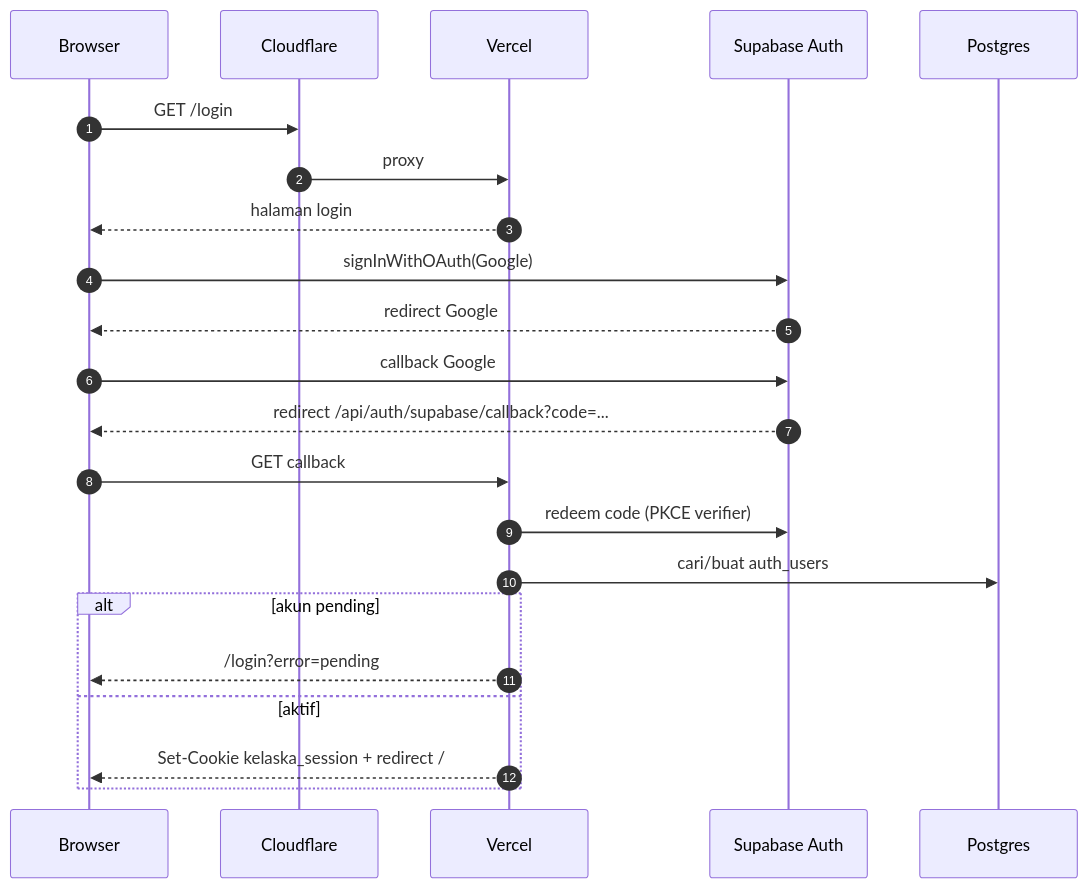
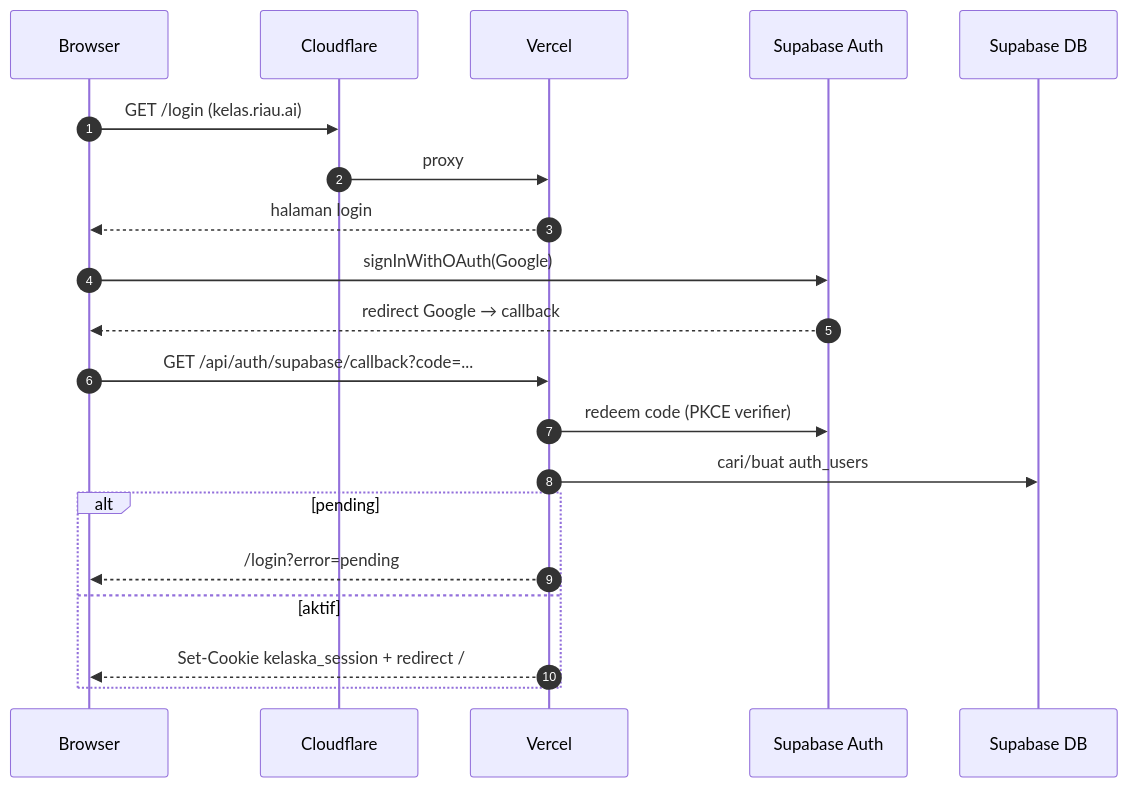
The first of 3 diagrams in docs/prd/PRD-produksi-kelaska-2026.md (ade-karya/KelasKA), drawn with Mermaid before and after one commit. The commit also changed other lines of this file and 2 other files, not shown here.

First line of the commit message:
docs(prd): align architecture with on-demand Colab/Kaggle diagram

````diff
--- a/docs/prd/PRD-produksi-kelaska-2026.md
+++ b/docs/prd/PRD-produksi-kelaska-2026.md
@@ -338,24 +390,22 @@
 ```mermaid
 sequenceDiagram
     autonumber
     participant B as Browser
     participant C as Cloudflare
     participant V as Vercel
     participant S as Supabase Auth
-    participant D as Postgres
-    B->>C: GET /login
+    participant D as Supabase DB
+    B->>C: GET /login (kelas.riau.ai)
     C->>V: proxy
     V-->>B: halaman login
     B->>S: signInWithOAuth(Google)
-    S-->>B: redirect Google
-    B->>S: callback Google
-    S-->>B: redirect /api/auth/supabase/callback?code=...
-    B->>V: GET callback
+    S-->>B: redirect Google → callback
+    B->>V: GET /api/auth/supabase/callback?code=...
     V->>S: redeem code (PKCE verifier)
     V->>D: cari/buat auth_users
-    alt akun pending
+    alt pending
         V-->>B: /login?error=pending
     else aktif
         V-->>B: Set-Cookie kelaska_session + redirect /
     end
 ```
````
